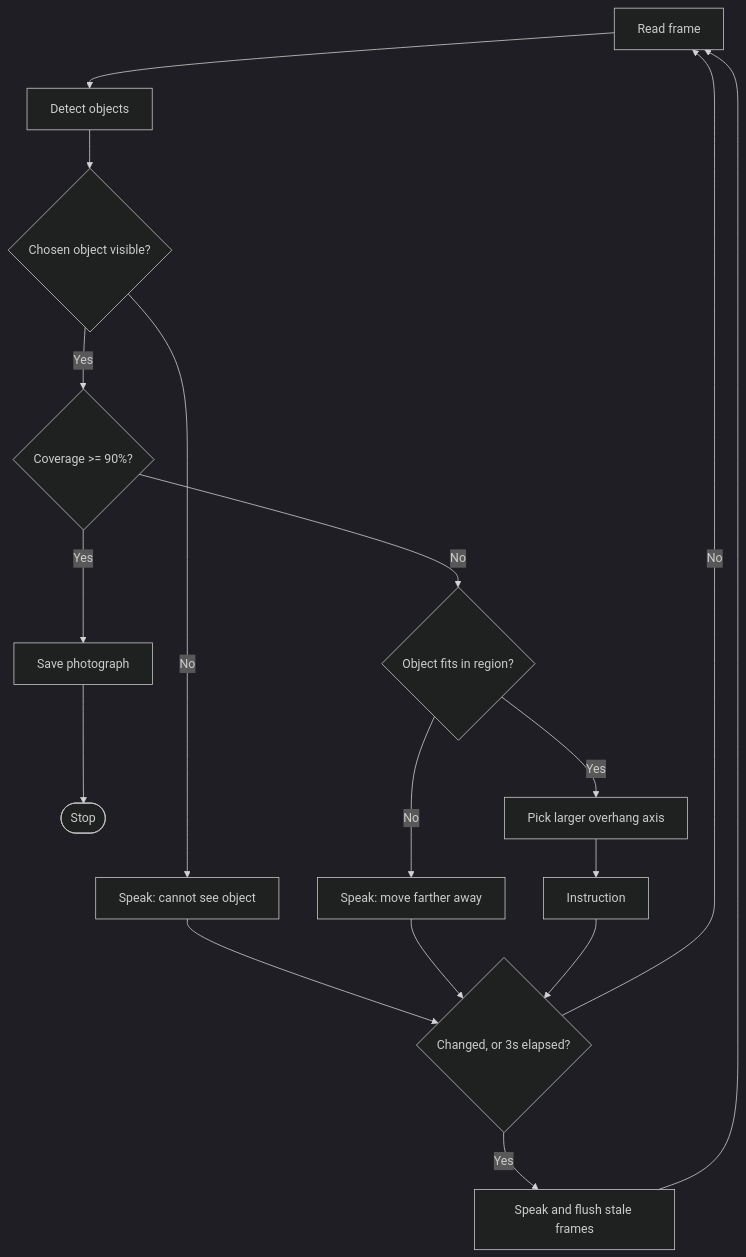
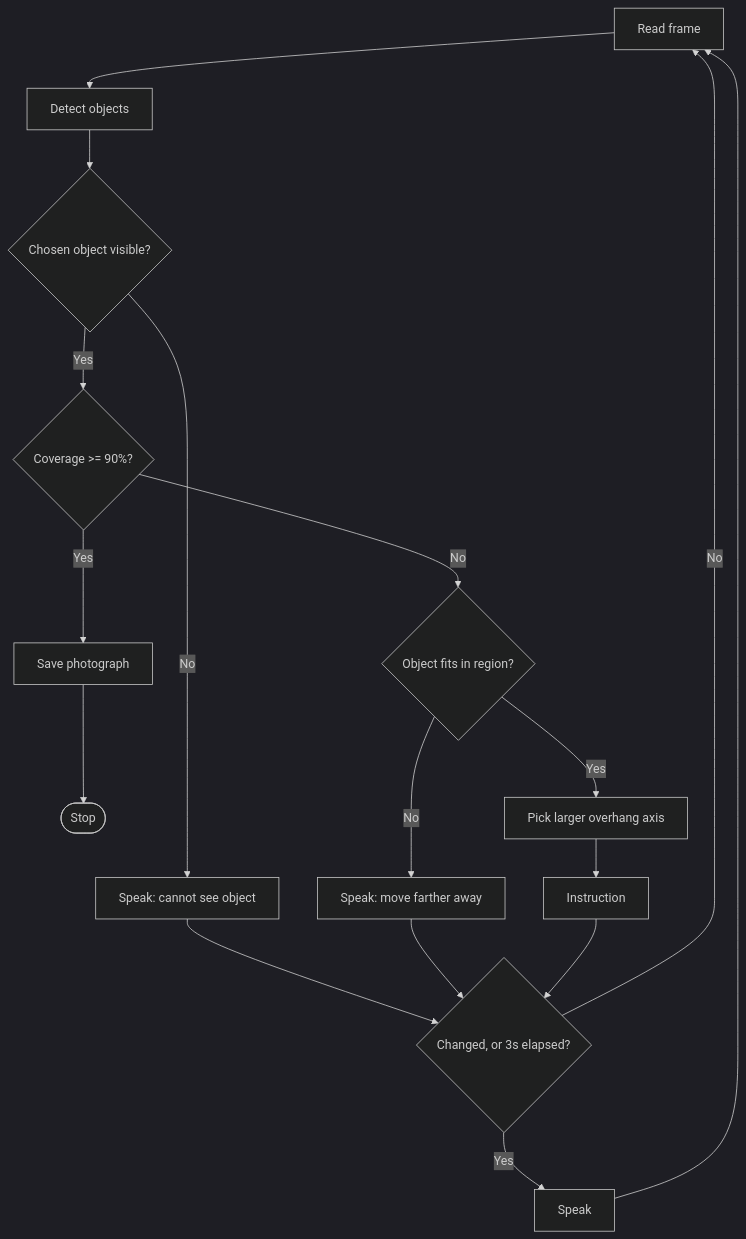
Before and after one commit to joeesmithh/cs4900-mini-project-1: the diagram in docs/framing.md, drawn with Mermaid (dark theme). The commit also changed other lines of this file and 3 other files, not shown here.

````diff
--- a/docs/framing.md
+++ b/docs/framing.md
@@ -92,15 +92,15 @@
 ```mermaid
 flowchart TD
     Read[Read frame] --> Detect[Detect objects]
     Detect --> Match{Chosen object visible?}
     Match -- No --> Lost["Speak: cannot see object"]
     Lost --> Throttle
     Match -- Yes --> Cover{Coverage >= 90%?}
     Cover -- Yes --> Save[Save photograph] --> Stop([Stop])
     Cover -- No --> Fits{Object fits in region?}
     Fits -- No --> Back["Speak: move farther away"] --> Throttle
     Fits -- Yes --> Dir[Pick larger overhang axis] --> Speak[Instruction]
     Speak --> Throttle{Changed, or 3s elapsed?}
-    Throttle -- Yes --> Say[Speak and flush stale frames] --> Read
+    Throttle -- Yes --> Say[Speak] --> Read
     Throttle -- No --> Read
 ```
````
